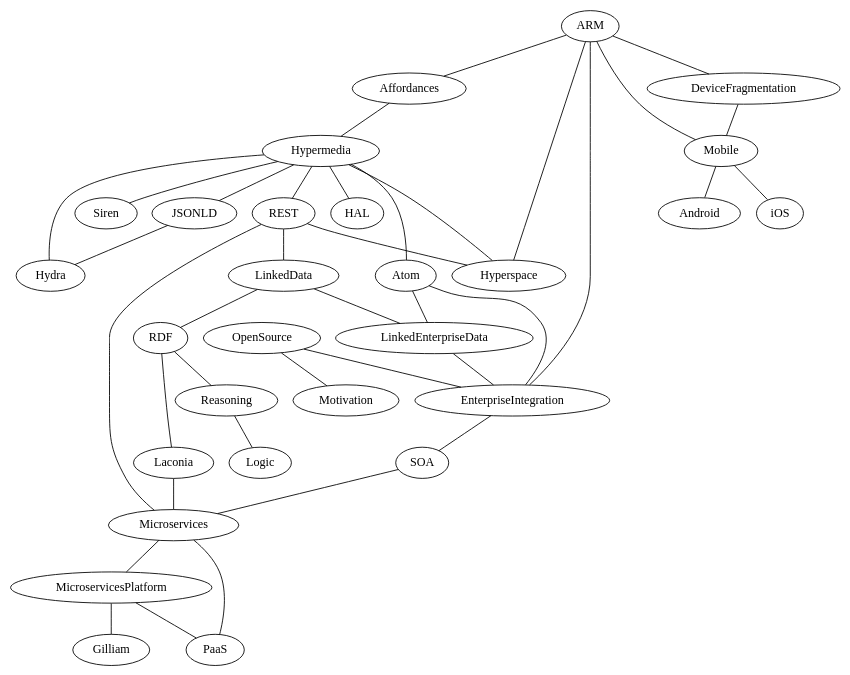
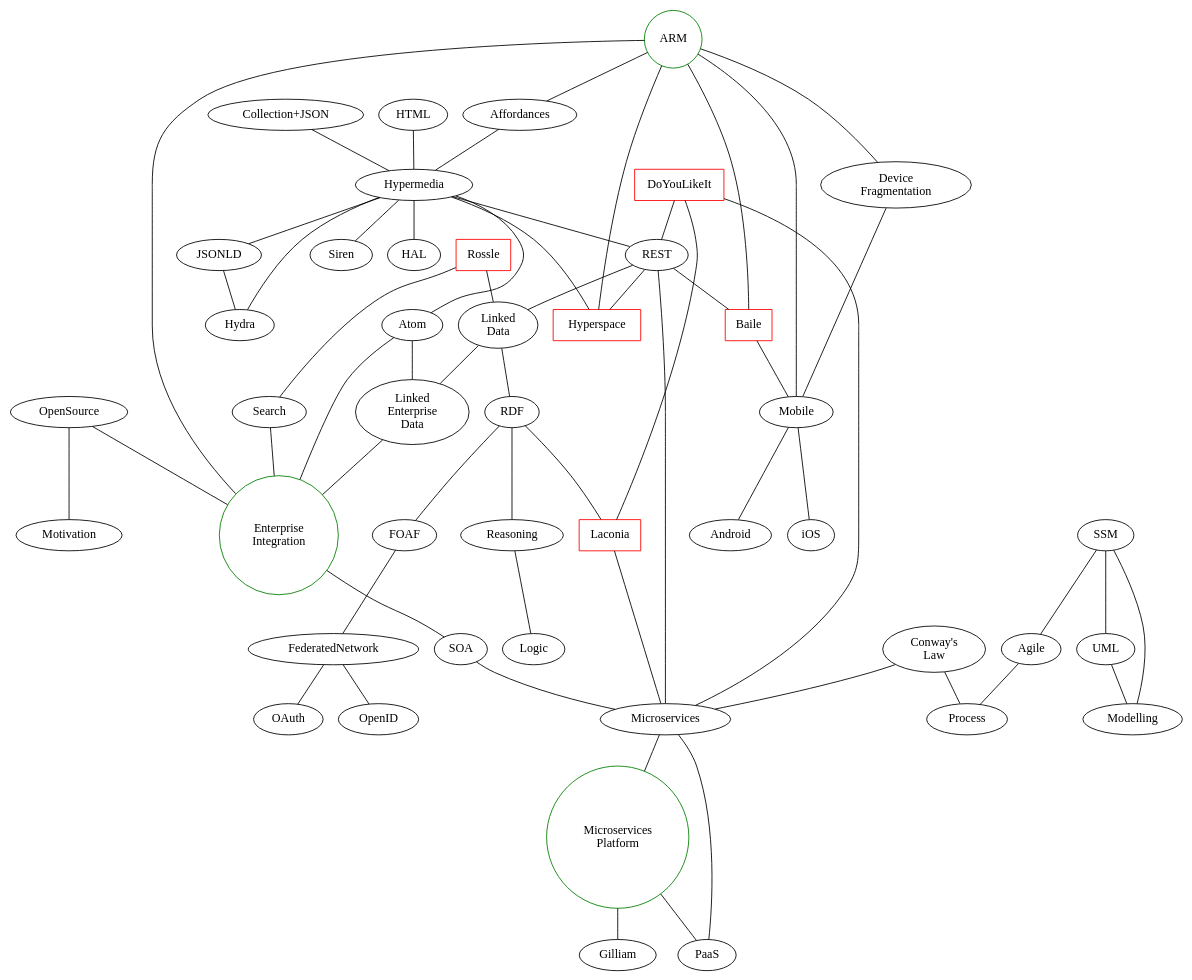
The diagram in brainstorm.dot (avengerpenguin/dissertation), drawn with Graphviz before and after one commit.

Commit message:
Added more ideas and colour coding for projects and 'key' ideas.

```diff
--- a/brainstorm.dot
+++ b/brainstorm.dot
@@ -1,51 +1,102 @@
 graph topics {
-	splines=true;
-	overlap=scalexy;
+    overlap=false;
+    splines=true;
 
-	Hypermedia -- Hydra
-	Hypermedia -- JSONLD
-	JSONLD -- Hydra
-	Hypermedia -- HAL
-	Hypermedia -- Siren
+# Project Ideas
+    Baile [shape=box,color=red];
+    DoYouLikeIt[shape=box,color=red];
+    Hyperspace[shape=box,color=red];
+    Rossle[shape=box,color=red];
+    Laconia [shape=box,color=red];
 
-	Hypermedia -- REST
-	Hypermedia -- Atom
+# Key topics
+    EnterpriseIntegration[shape=circle,color=green,label="Enterprise\nIntegration"];
+    MicroservicesPlatform[shape=circle,color=green,label="Microservices\nPlatform"];
+    ARM[shape=circle,color=green];
 
-	REST -- Microservices
-	Microservices -- MicroservicesPlatform
-	MicroservicesPlatform -- Gilliam
-	MicroservicesPlatform -- PaaS
-	PaaS -- Microservices
+# Awkward labels
+    LinkedEnterpriseData[label="Linked\nEnterprise\nData"];
+    LinkedData[label="Linked\nData"];
+    CollectionJSON[label="Collection+JSON"];
+    DeviceFragmentation[label="Device\nFragmentation"];
+    ConwaysLaw[label="Conway's\nLaw"];
+	
 
-	REST -- LinkedData
-	LinkedData -- RDF
-	RDF -- Reasoning
-	Reasoning -- Logic
-	RDF -- Laconia
-	Laconia -- Microservices
+    Hypermedia -- Hydra
+    Hypermedia -- JSONLD
+    JSONLD -- Hydra
+    Hypermedia -- HAL
+    Hypermedia -- Siren
+    
+    Hypermedia -- REST
+    Hypermedia -- Atom
+    
+    REST -- Microservices
+    Microservices -- MicroservicesPlatform
+    MicroservicesPlatform -- Gilliam
+    MicroservicesPlatform -- PaaS
+    PaaS -- Microservices
+    
+    REST -- LinkedData
+    LinkedData -- RDF
+    RDF -- Reasoning
+    Reasoning -- Logic
+    RDF -- Laconia
+    Laconia -- Microservices
+    
+    LinkedData -- LinkedEnterpriseData
+    LinkedEnterpriseData -- EnterpriseIntegration
+    EnterpriseIntegration -- SOA
+    SOA -- Microservices
+    
+    REST -- Hyperspace
+    Hypermedia -- Hyperspace
+    
+    Affordances -- Hypermedia
+    ARM -- Affordances
+    ARM -- Mobile
+    Mobile -- Android
+    Mobile -- iOS
+    
+    ARM -- Hyperspace
+    ARM -- EnterpriseIntegration
+    ARM -- DeviceFragmentation
+    DeviceFragmentation -- Mobile
+    
+    Atom -- EnterpriseIntegration
+    Atom -- LinkedEnterpriseData
+    
+    OpenSource -- Motivation
+    OpenSource -- EnterpriseIntegration
+    
+    ARM -- Baile
+    REST -- Baile
+    Baile -- Mobile
+    
+    DoYouLikeIt -- Microservices
+    DoYouLikeIt -- REST
+    DoYouLikeIt -- Laconia
+    
+    Rossle -- LinkedData
+    Rossle -- Search
+    
+    Search -- EnterpriseIntegration
+    
+    SSM -- Agile
+    SSM -- UML
+    UML -- Modelling
+    SSM -- Modelling
+    
+    Agile -- Process
+    
+    HTML -- Hypermedia
+    CollectionJSON -- Hypermedia
 
-	LinkedData -- LinkedEnterpriseData
-	LinkedEnterpriseData -- EnterpriseIntegration
-	EnterpriseIntegration -- SOA
-	SOA -- Microservices
+    ConwaysLaw -- Microservices
+    ConwaysLaw -- Process
 
-	REST -- Hyperspace
-	Hypermedia -- Hyperspace
-
-	Affordances -- Hypermedia
-	ARM -- Affordances
-	ARM -- Mobile
-	Mobile -- Android
-	Mobile -- iOS
-
-	ARM -- Hyperspace
-	ARM -- EnterpriseIntegration
-	ARM -- DeviceFragmentation
-	DeviceFragmentation -- Mobile
-
-	Atom -- EnterpriseIntegration
-	Atom -- LinkedEnterpriseData
-
-	OpenSource -- Motivation
-	OpenSource -- EnterpriseIntegration
+    RDF -- FOAF
+    FOAF -- FederatedNetwork
+    FederatedNetwork -- OpenID
+    FederatedNetwork -- OAuth
 }
```
